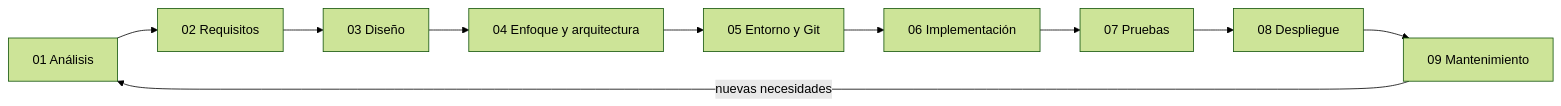
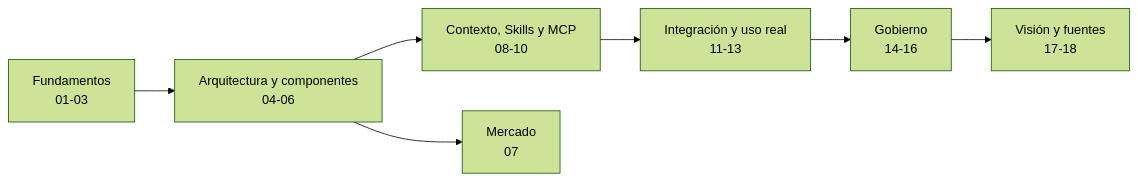
Before and after one commit to profeFPInfor/upgrade-ia: the diagram in README.md, drawn with Mermaid (forest theme). The commit also changed other lines of this file and 18 other files, not shown here.

````diff
--- a/README.md
+++ b/README.md
@@ -32,6 +30,9 @@
 ```mermaid
 flowchart LR
-    A[01 Análisis] --> B[02 Requisitos] --> C[03 Diseño] --> D[04 Enfoque y arquitectura] --> E[05 Entorno y Git]
-    E --> F[06 Implementación] --> G[07 Pruebas] --> H[08 Despliegue] --> I[09 Mantenimiento]
-    I -->|nuevas necesidades| A
+    A["Fundamentos<br/>01-03"] --> B["Arquitectura y componentes<br/>04-06"]
+    B --> C["Contexto, Skills y MCP<br/>08-10"]
+    B --> D["Mercado<br/>07"]
+    C --> E["Integración y uso real<br/>11-13"]
+    E --> F["Gobierno<br/>14-16"]
+    F --> G["Visión y fuentes<br/>17-18"]
 ```
````
